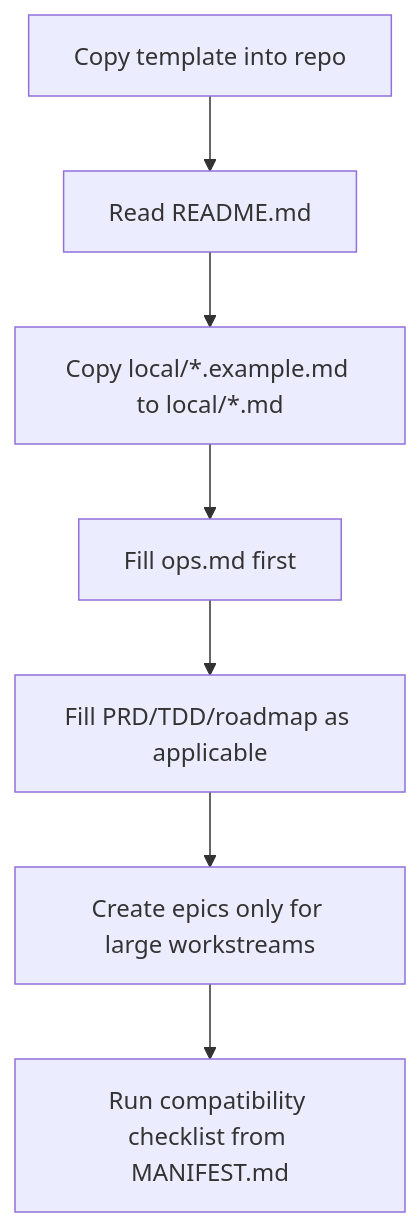
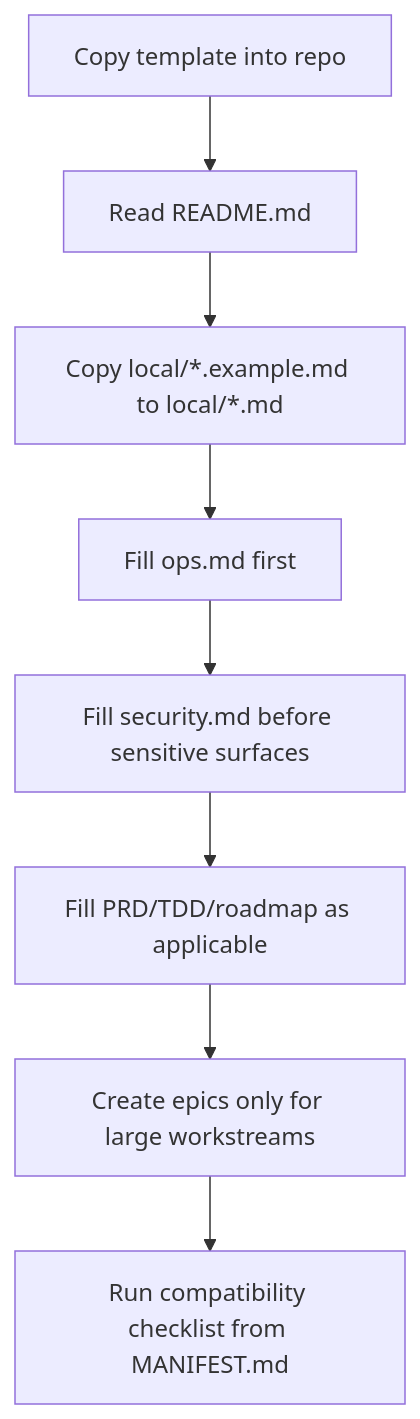
Before and after one commit to cfengliu/my-skills-hub: the first of 2 diagrams in templates/repo-governance-v2/docs/governance/README.md, drawn with Mermaid. The commit also changed other lines of this file and 16 other files, not shown here.

````diff
--- a/templates/repo-governance-v2/docs/governance/README.md
+++ b/templates/repo-governance-v2/docs/governance/README.md
@@ -185,9 +197,10 @@
 ```mermaid
 flowchart TD
   A["Copy template into repo"] --> B["Read README.md"]
   B --> C["Copy local/*.example.md to local/*.md"]
   C --> D["Fill ops.md first"]
-  D --> E["Fill PRD/TDD/roadmap as applicable"]
-  E --> F["Create epics only for large workstreams"]
-  F --> G["Run compatibility checklist from MANIFEST.md"]
+  D --> E["Fill security.md before sensitive surfaces"]
+  E --> F["Fill PRD/TDD/roadmap as applicable"]
+  F --> G["Create epics only for large workstreams"]
+  G --> H["Run compatibility checklist from MANIFEST.md"]
 ```
````
